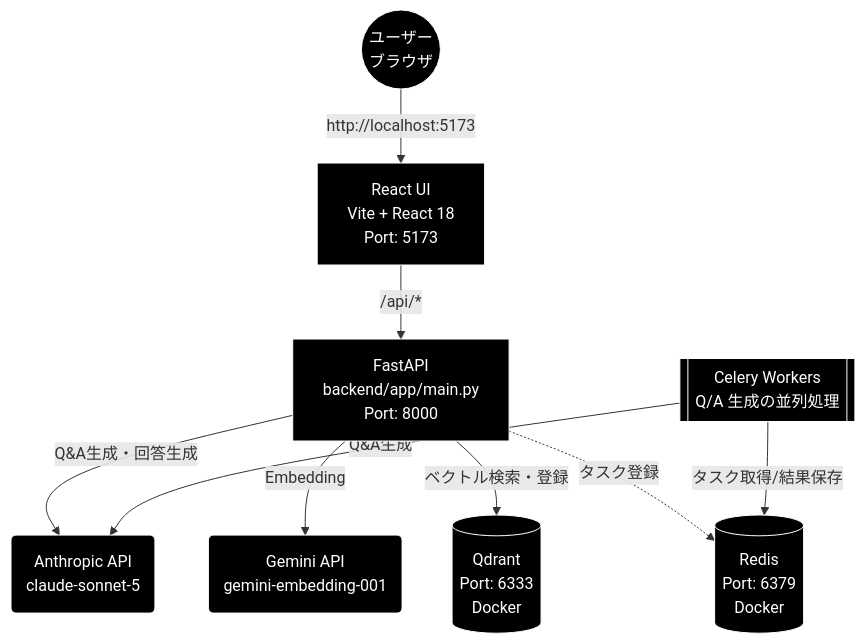
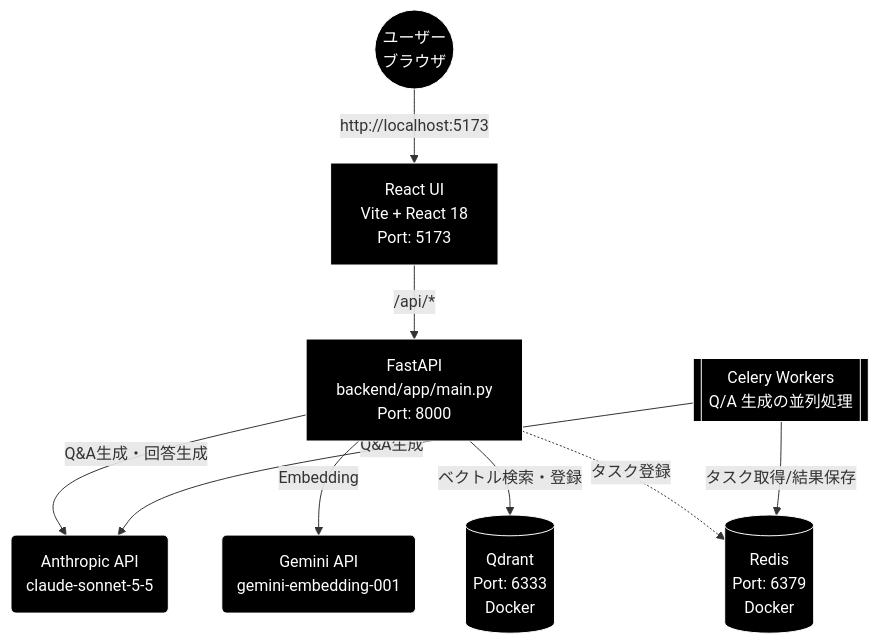
The diagram in qa_qdrant/docs/01_install.md (nakashima2toshio/grace_v2), drawn with Mermaid before and after one commit. The commit also changed other lines of this file and 25 other files, not shown here.

````diff
--- a/qa_qdrant/docs/01_install.md
+++ b/qa_qdrant/docs/01_install.md
@@ -76,15 +76,15 @@
 ```mermaid
 graph TD
     User((ユーザー<br>ブラウザ)) -->|http://localhost:5173| React[React UI<br>Vite + React 18<br>Port: 5173]
     React -->|/api/*| API[FastAPI<br>backend/app/main.py<br>Port: 8000]
-    API -->|Q&A生成・回答生成| Anthropic(Anthropic API<br>claude-sonnet-5)
+    API -->|Q&A生成・回答生成| Anthropic(Anthropic API<br>claude-sonnet-5-5)
     API -->|Embedding| Gemini(Gemini API<br>gemini-embedding-001)
     API -->|ベクトル検索・登録| Qdrant[(Qdrant<br>Port: 6333<br>Docker)]
     API -.->|タスク登録| Redis[(Redis<br>Port: 6379<br>Docker)]
     Celery[[Celery Workers<br>Q/A 生成の並列処理]]
     Celery -->|タスク取得/結果保存| Redis
     Celery -->|Q&A生成| Anthropic
 classDef default fill:#000,stroke:#fff,color:#fff
 classDef subgraphStyle fill:#1a1a1a,stroke:#fff,color:#fff
 class User,React,API,Anthropic,Gemini,Qdrant,Redis,Celery default
 ```
````
